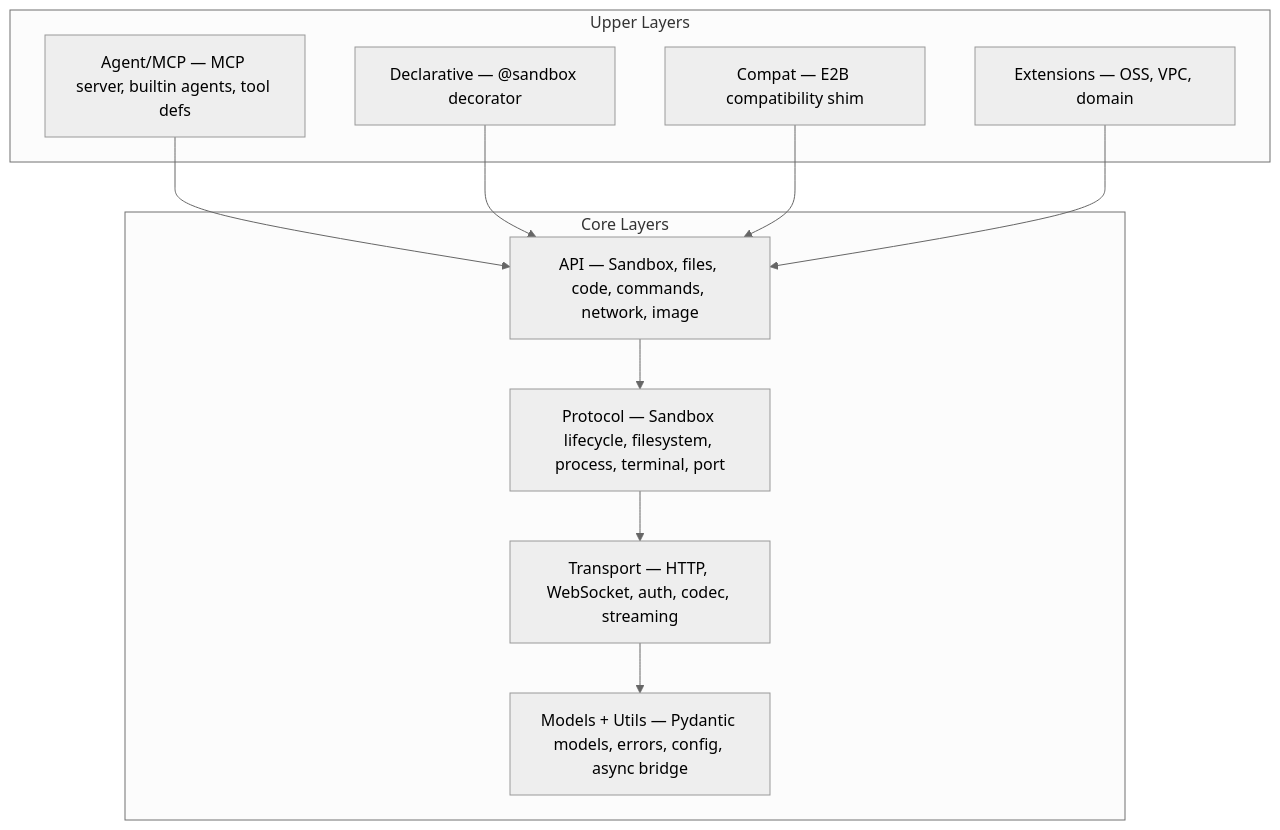
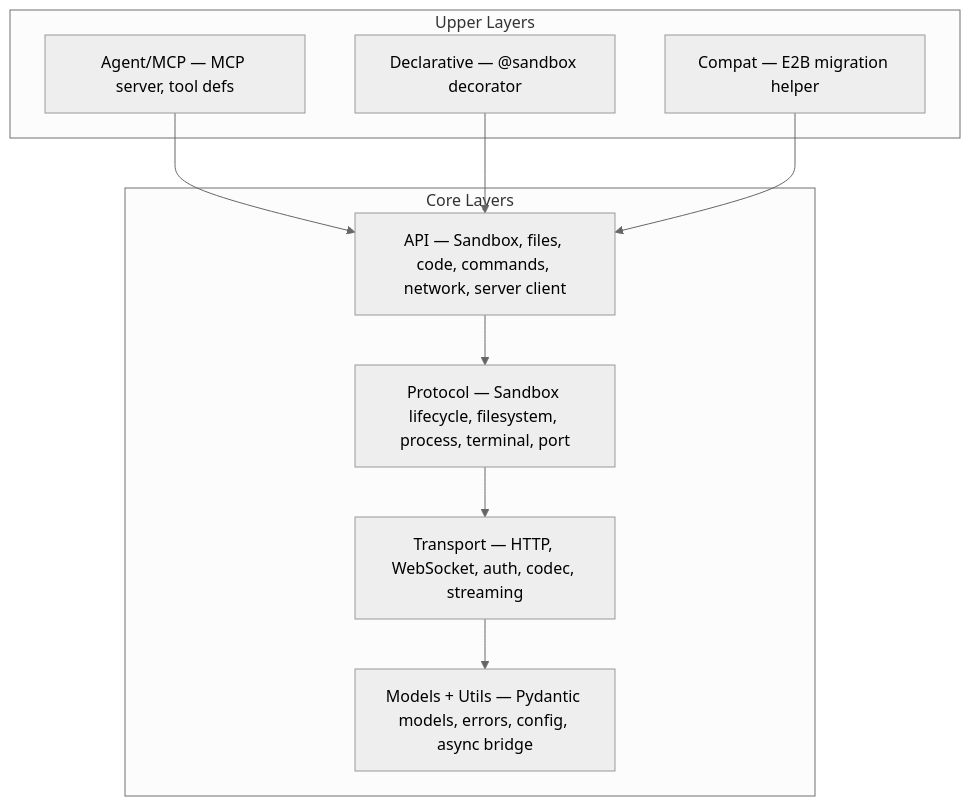
The diagram in docs/en/DESIGN.md (Alibaba-Agent-Sandbox/python-sdk), drawn with Mermaid (neutral theme) before and after one commit. The commit also changed other lines of this file and 819 other files, not shown here.

Commit message:
Publish the Agent Sandbox Python SDK: one endpoint table, one policy engine, and the runtime client.

````diff
--- a/docs/en/DESIGN.md
+++ b/docs/en/DESIGN.md
@@ -42,21 +42,19 @@
 ```mermaid
 graph TB
     subgraph Upper["Upper Layers"]
-        Agent["Agent/MCP — MCP server, builtin agents, tool defs"]
+        Agent["Agent/MCP — MCP server, tool defs"]
         Decl["Declarative — @sandbox decorator"]
-        Compat["Compat — E2B compatibility shim"]
-        Ext["Extensions — OSS, VPC, domain"]
+        Compat["Compat — E2B migration helper"]
     end
     subgraph Core["Core Layers"]
-        L3["API — Sandbox, files, code, commands, network, image"]
+        L3["API — Sandbox, files, code, commands, network, server client"]
         L2["Protocol — Sandbox lifecycle, filesystem, process, terminal, port"]
         L1["Transport — HTTP, WebSocket, auth, codec, streaming"]
         L0["Models + Utils — Pydantic models, errors, config, async bridge"]
     end
 
     Agent --> L3
     Decl --> L3
     Compat --> L3
-    Ext --> L3
     L3 --> L2 --> L1 --> L0
 ```
````
